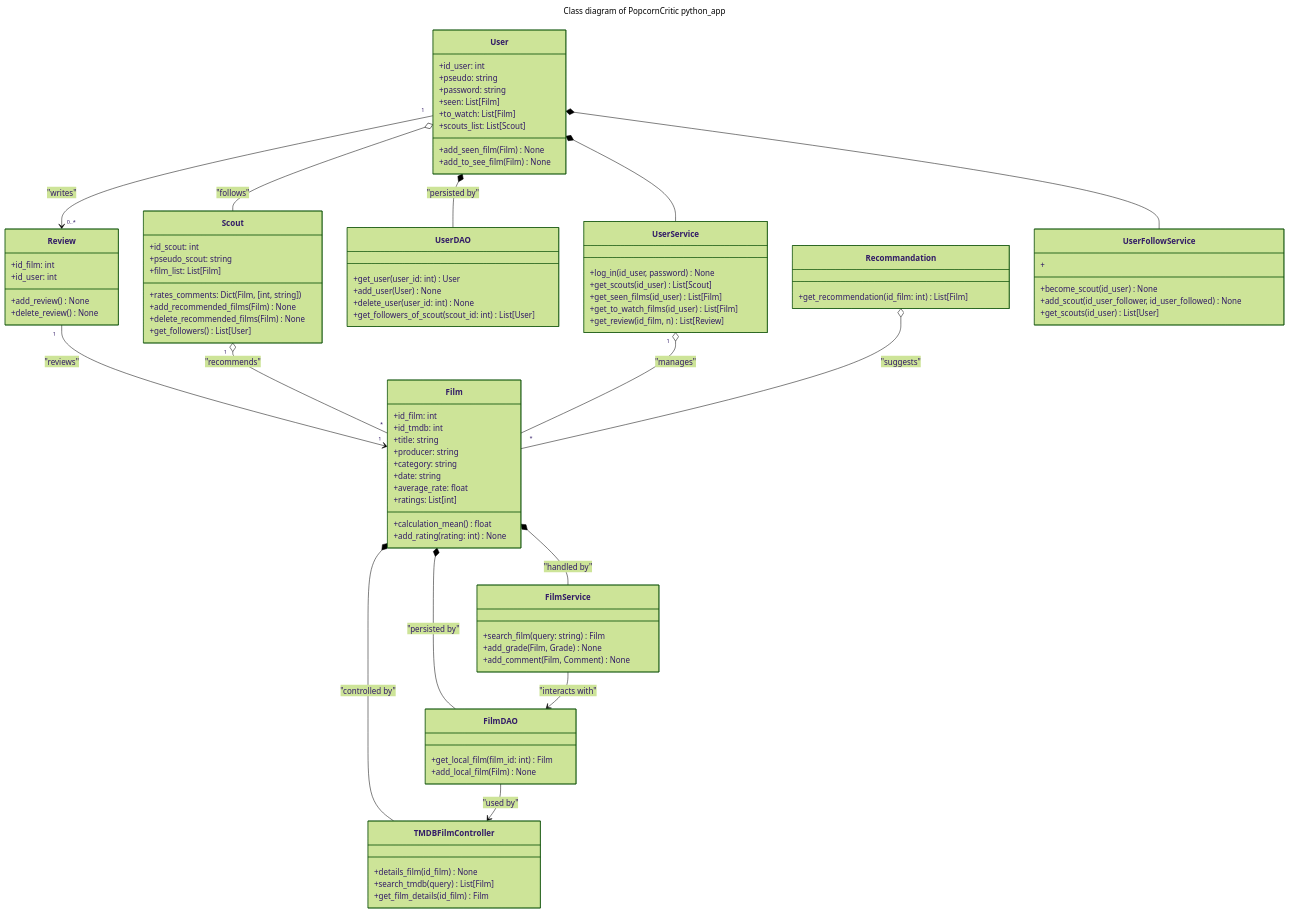
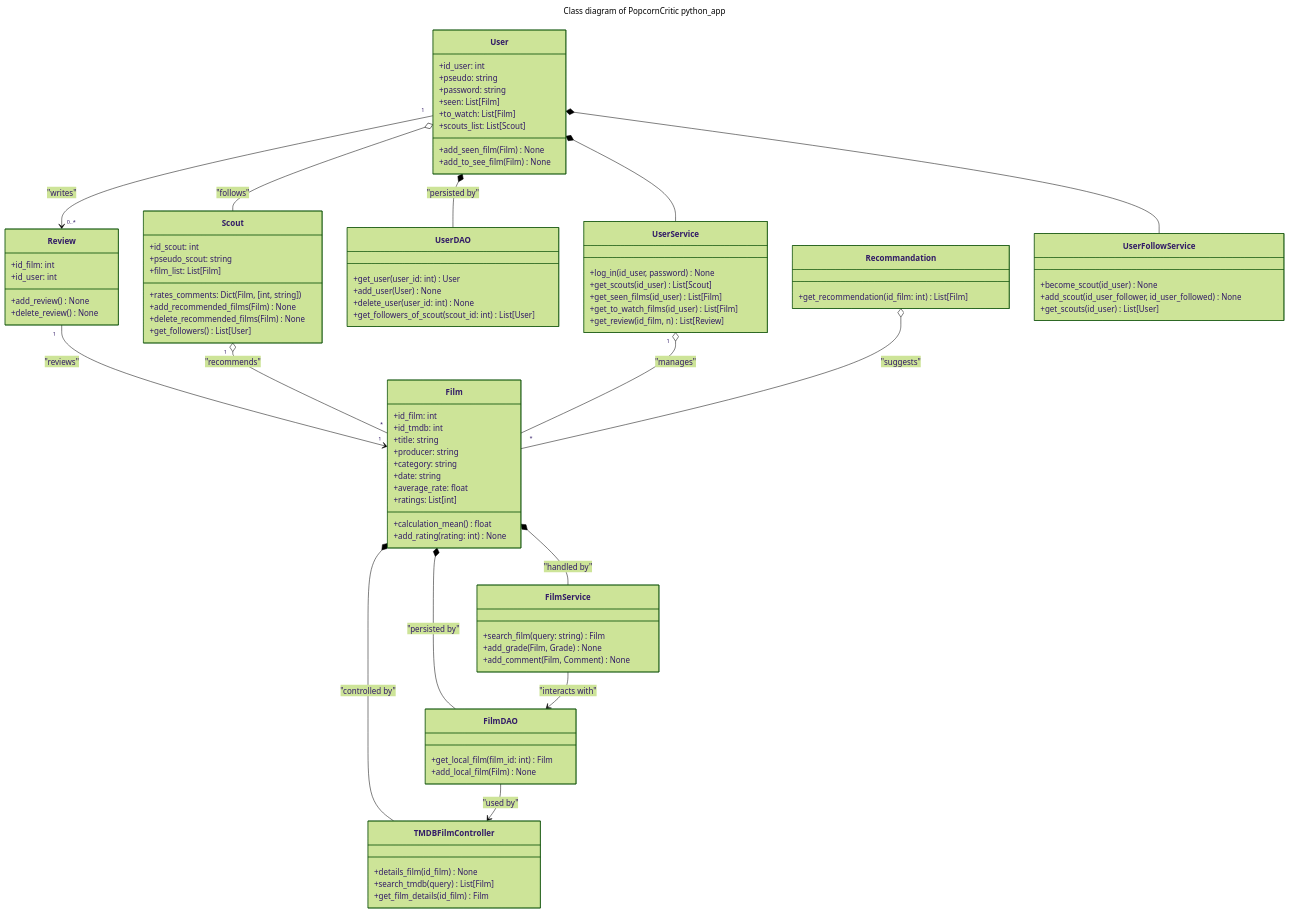
Before and after one commit to melanielacour/Projet2A_Template: the diagram in src/Diagramme.md, drawn with Mermaid (forest theme). The commit also changed 6 other files, not shown here.

```diff
--- a/src/Diagramme.md
+++ b/src/Diagramme.md
@@ -24,6 +24,7 @@
         +add_review() None
         +delete_review() None
     }
+
 
     class User {
         +id_user: int
@@ -86,7 +87,6 @@
         +become_scout(id_user) None
         +add_scout(id_user_follower, id_user_followed) None
         +get_scouts(id_user) List[User]
-        +
     }
 
 
```
